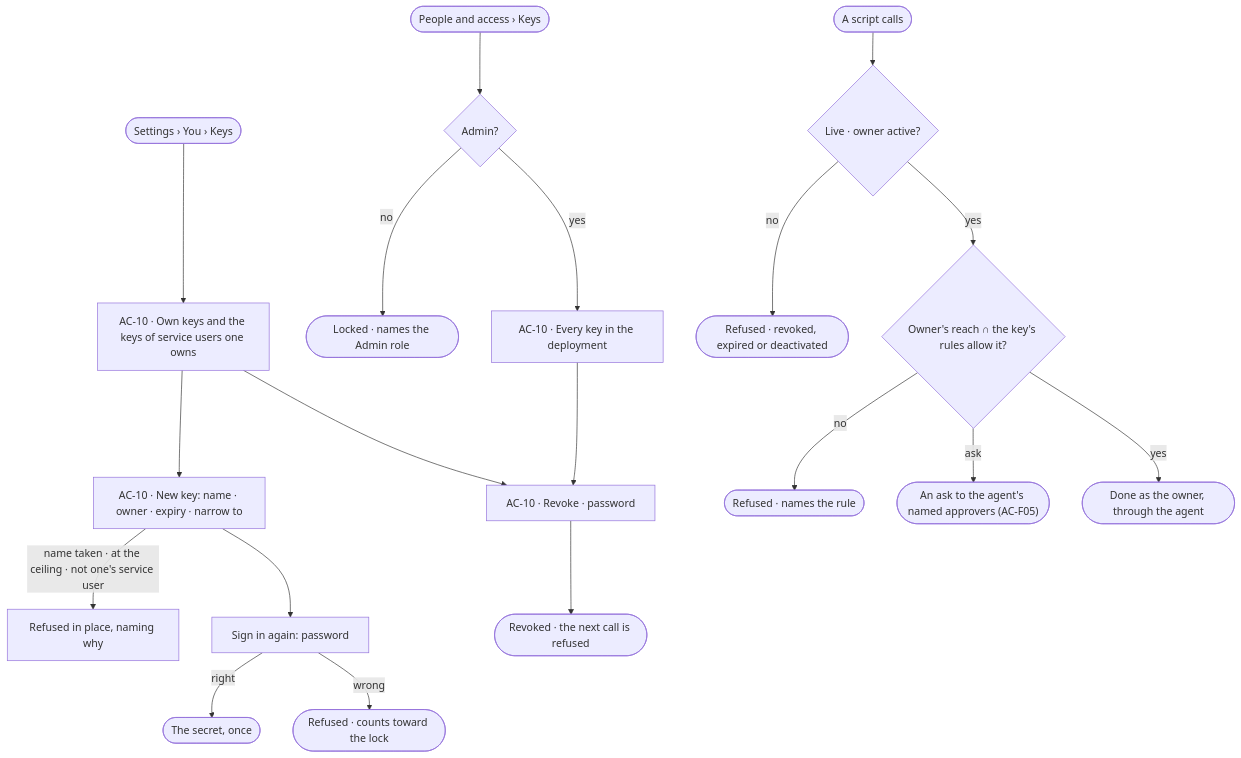
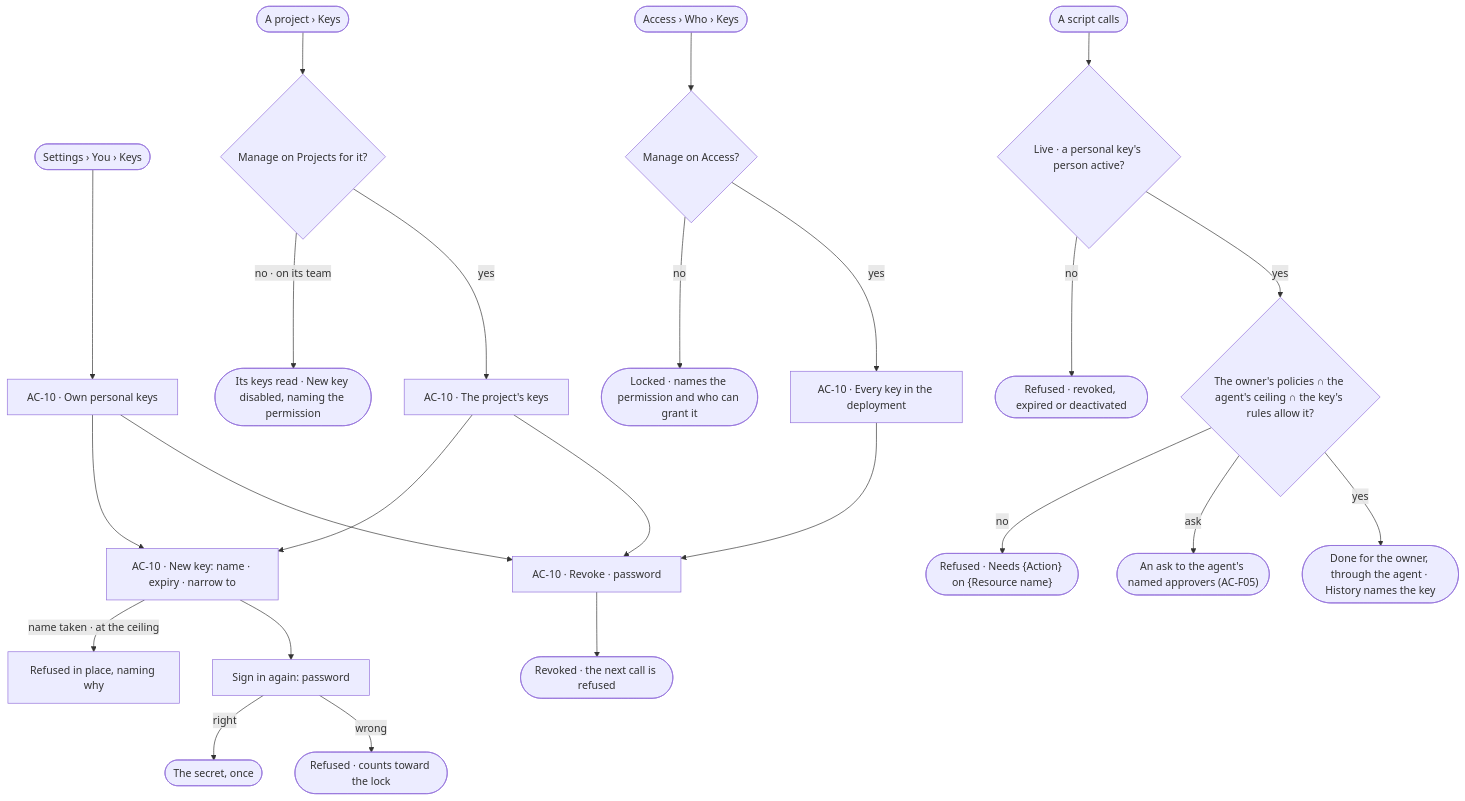
The diagram in specs/os/access/features/AC-F10-keys/feature.md (invana/invana), drawn with Mermaid before and after one commit. The commit also changed other lines of this file and 456 other files, not shown here.

````diff
--- a/specs/os/access/features/AC-F10-keys/feature.md
+++ b/specs/os/access/features/AC-F10-keys/feature.md
@@ -24,21 +24,26 @@
 ```mermaid
 flowchart TD
-  me([Settings › You › Keys]) --> list["AC-10 · Own keys and the keys of service users one owns"]
-  ad([People and access › Keys]) --> who{"Admin?"}
-  who -->|no| lk(["Locked · names the Admin role"])
+  me([Settings › You › Keys]) --> list["AC-10 · Own personal keys"]
+  pj([A project › Keys]) --> pk{"Manage on Projects for it?"}
+  pk -->|no · on its team| pr(["Its keys read · New key disabled, naming the permission"])
+  pk -->|yes| plist["AC-10 · The project's keys"]
+  ad([Access › Who › Keys]) --> who{"Manage on Access?"}
+  who -->|no| lk(["Locked · names the permission and who can grant it"])
   who -->|yes| all["AC-10 · Every key in the deployment"]
-  list --> mint["AC-10 · New key: name · owner · expiry · narrow to"]
-  mint -->|name taken · at the ceiling · not one's service user| ref["Refused in place, naming why"]
+  list --> mint["AC-10 · New key: name · expiry · narrow to"]
+  plist --> mint
+  mint -->|name taken · at the ceiling| ref["Refused in place, naming why"]
   mint --> again["Sign in again: password"]
   again -->|right| secret(["The secret, once"])
   again -->|wrong| no(["Refused · counts toward the lock"])
   list --> rv["AC-10 · Revoke · password"]
   all --> rv
+  plist --> rv
   rv --> gone(["Revoked · the next call is refused"])
-  use([A script calls]) --> chk{"Live · owner active?"}
+  use([A script calls]) --> chk{"Live · a personal key's person active?"}
   chk -->|no| r1(["Refused · revoked, expired or deactivated"])
-  chk -->|yes| reach{"Owner's reach ∩ the key's rules allow it?"}
-  reach -->|no| r2(["Refused · names the rule"])
+  chk -->|yes| reach{"The owner's policies ∩ the agent's ceiling ∩ the key's rules allow it?"}
+  reach -->|no| r2(["Refused · Needs {Action} on {Resource name}"])
   reach -->|ask| ask(["An ask to the agent's named approvers (AC-F05)"])
-  reach -->|yes| ok(["Done as the owner, through the agent"])
+  reach -->|yes| ok(["Done for the owner, through the agent · History names the key"])
 ```
````
